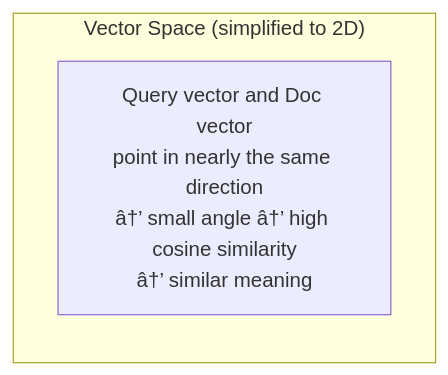
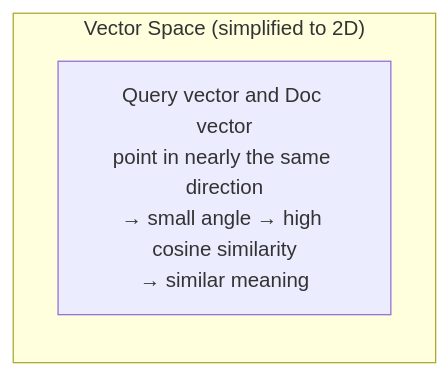
One commit to dnyanesh-k/notes changed the fourth of 32 diagrams in interview/QnA.md. Above: the diagram before and after it, drawn with Mermaid. The commit also changed other lines of this file and 1 other file, not shown here.

````diff
--- a/interview/QnA.md
+++ b/interview/QnA.md
@@ -503,7 +504,7 @@
 ```mermaid
 flowchart LR
     subgraph space ["Vector Space (simplified to 2D)"]
         direction TB
-        note["Query vector and Doc vector\npoint in nearly the same direction\nâ†’ small angle â†’ high cosine similarity\nâ†’ similar meaning"]
+        note["Query vector and Doc vector\npoint in nearly the same direction\n→ small angle → high cosine similarity\n→ similar meaning"]
     end
 ```
````
